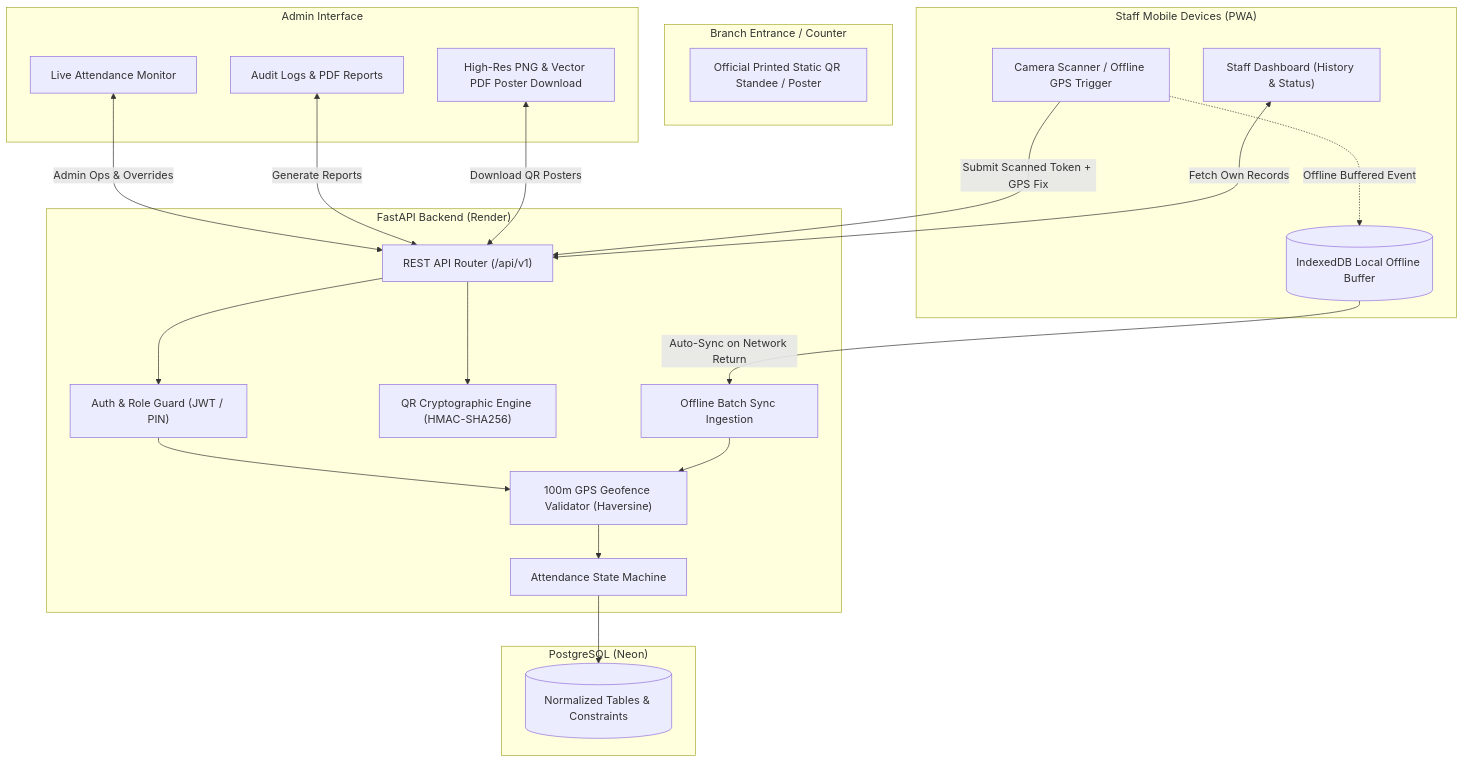
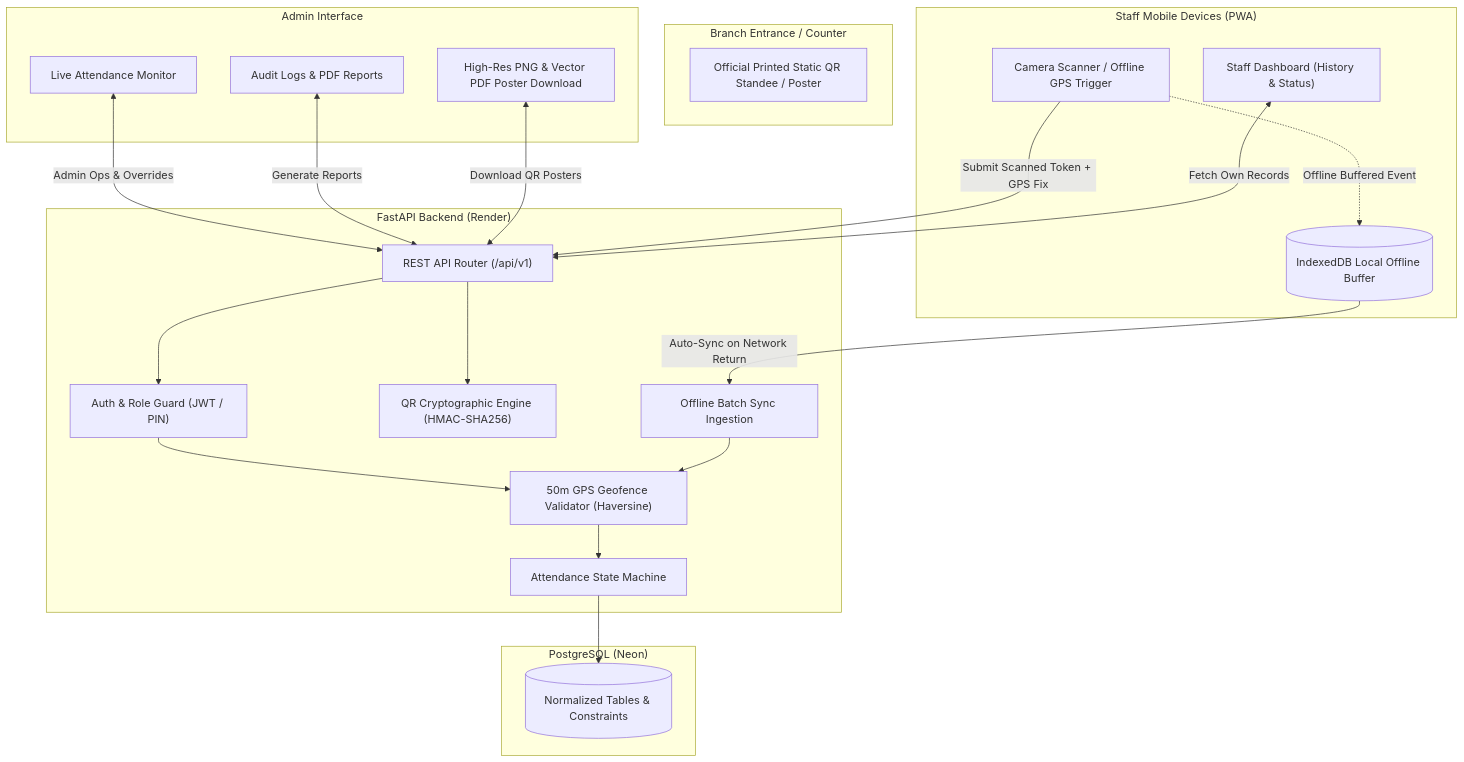
The diagram in docs/architecture.md (Mohitingale13/SP-Records), drawn with Mermaid before and after one commit. The commit also changed 3 other files, not shown here.

Commit message:
docs: finalize production documentation, architecture specs, and README with 50m geofencing and lean schema

````diff
--- a/docs/architecture.md
+++ b/docs/architecture.md
@@ -12,46 +12,46 @@
 ```mermaid
 flowchart TD
     subgraph Office["Branch Entrance / Counter"]
         QD["Official Printed Static QR Standee / Poster"]
     end
 
     subgraph Staff["Staff Mobile Devices (PWA)"]
         SM["Camera Scanner / Offline GPS Trigger"]
         SD["Staff Dashboard (History & Status)"]
         IDB[("IndexedDB Local Offline Buffer")]
     end
 
     subgraph Admin["Admin Interface"]
         AD["Live Attendance Monitor"]
         AR["Audit Logs & PDF Reports"]
         AQ["High-Res PNG & Vector PDF Poster Download"]
     end
 
     subgraph Backend["FastAPI Backend (Render)"]
         API["REST API Router (/api/v1)"]
         AUTH["Auth & Role Guard (JWT / PIN)"]
         ASM["Attendance State Machine"]
-        GEO["100m GPS Geofence Validator (Haversine)"]
+        GEO["50m GPS Geofence Validator (Haversine)"]
         QRS["QR Cryptographic Engine (HMAC-SHA256)"]
         SYNC["Offline Batch Sync Ingestion"]
     end
 
     subgraph Database["PostgreSQL (Neon)"]
         DB[(Normalized Tables & Constraints)]
     end
 
     SM -.->|Offline Buffered Event| IDB
     IDB -->|Auto-Sync on Network Return| SYNC
     SM -->|Submit Scanned Token + GPS Fix| API
     SD <-->|Fetch Own Records| API
     AD <-->|Admin Ops & Overrides| API
     AR <-->|Generate Reports| API
     AQ <-->|Download QR Posters| API
 
     API --> AUTH
     AUTH --> GEO
     GEO --> ASM
     API --> QRS
     SYNC --> GEO
     ASM --> DB
 ```
````
